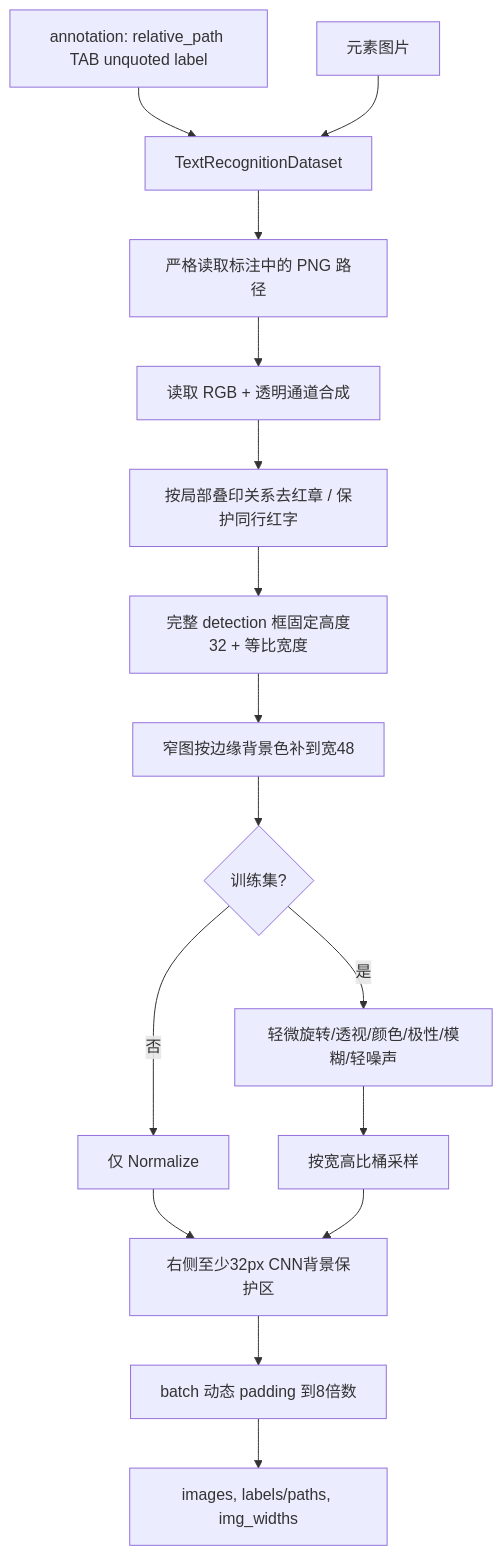
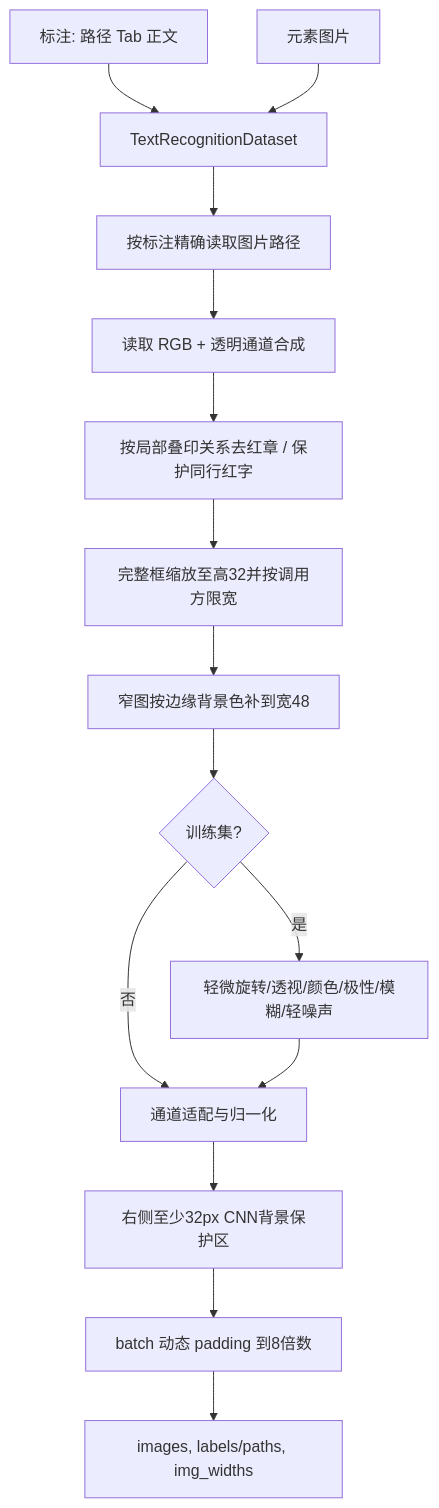
Before and after one commit to MAKENOTES/ocr-web: the first of 2 diagrams in docs/recogniton/recognition.md, drawn with Mermaid. The commit also changed other lines of this file and 83 other files, not shown here.

````diff
--- a/docs/recogniton/recognition.md
+++ b/docs/recogniton/recognition.md
@@ -11,18 +12,17 @@
 ```mermaid
 flowchart TD
-    A[annotation: relative_path TAB unquoted label] --> DS[TextRecognitionDataset]
+    A[标注: 路径 Tab 正文] --> DS[TextRecognitionDataset]
     I[元素图片] --> DS
-    DS --> PNG[严格读取标注中的 PNG 路径]
+    DS --> PNG[按标注精确读取图片路径]
     PNG --> RGB[读取 RGB + 透明通道合成]
     RGB --> SEAL[按局部叠印关系去红章 / 保护同行红字]
-    SEAL --> RESIZE[完整 detection 框固定高度32 + 等比宽度]
+    SEAL --> RESIZE[完整框缩放至高32并按调用方限宽]
     RESIZE --> MINW[窄图按边缘背景色补到宽48]
     MINW --> AUG{训练集?}
     AUG -->|是| TA[轻微旋转/透视/颜色/极性/模糊/轻噪声]
-    AUG -->|否| NORM[仅 Normalize]
-    TA --> BUCKET[按宽高比桶采样]
+    AUG -->|否| NORM[通道适配与归一化]
+    TA --> NORM
     NORM --> CTX[右侧至少32px CNN背景保护区]
-    BUCKET --> CTX
     CTX --> PAD[batch 动态 padding 到8倍数]
     PAD --> OUT[images, labels/paths, img_widths]
 ```
````
